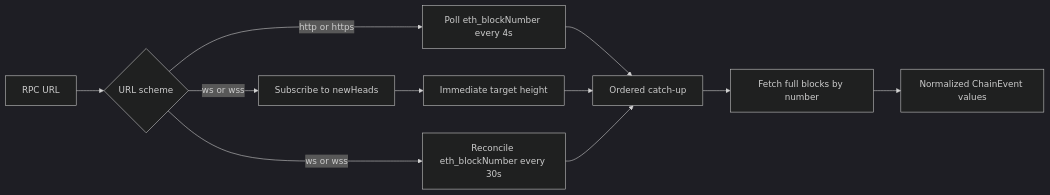
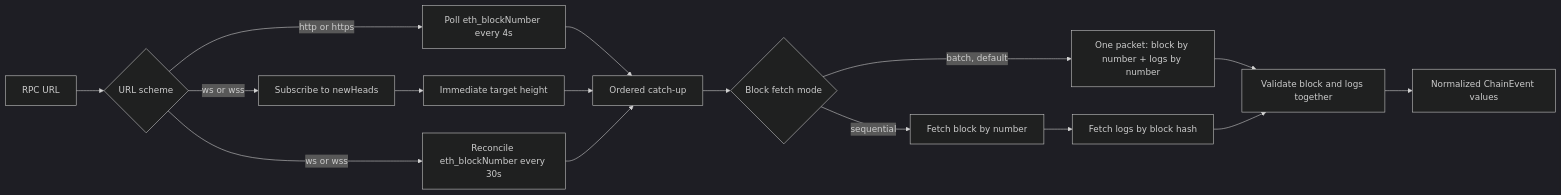
The first of 2 diagrams in docs/guides/alloy-source.mdx (abhi3700/raven), drawn with Mermaid (dark theme) before and after one commit. The commit also changed other lines of this file and 39 other files, not shown here.

````diff
--- a/docs/guides/alloy-source.mdx
+++ b/docs/guides/alloy-source.mdx
@@ -19,13 +20,18 @@
 ```mermaid
 flowchart LR
     url[RPC URL] --> scheme{URL scheme}
     scheme -->|http or https| polling[Poll eth_blockNumber every 4s]
     scheme -->|ws or wss| heads[Subscribe to newHeads]
     heads --> immediate[Immediate target height]
     scheme -->|ws or wss| safety[Reconcile eth_blockNumber every 30s]
     polling --> catchup[Ordered catch-up]
     immediate --> catchup
     safety --> catchup
-    catchup --> fetch[Fetch full blocks by number]
-    fetch --> events[Normalized ChainEvent values]
+    catchup --> mode{Block fetch mode}
+    mode -->|batch, default| batch[One packet: block by number + logs by number]
+    mode -->|sequential| block[Fetch block by number]
+    block --> logs[Fetch logs by block hash]
+    batch --> validate[Validate block and logs together]
+    logs --> validate
+    validate --> events[Normalized ChainEvent values]
 ```
````
